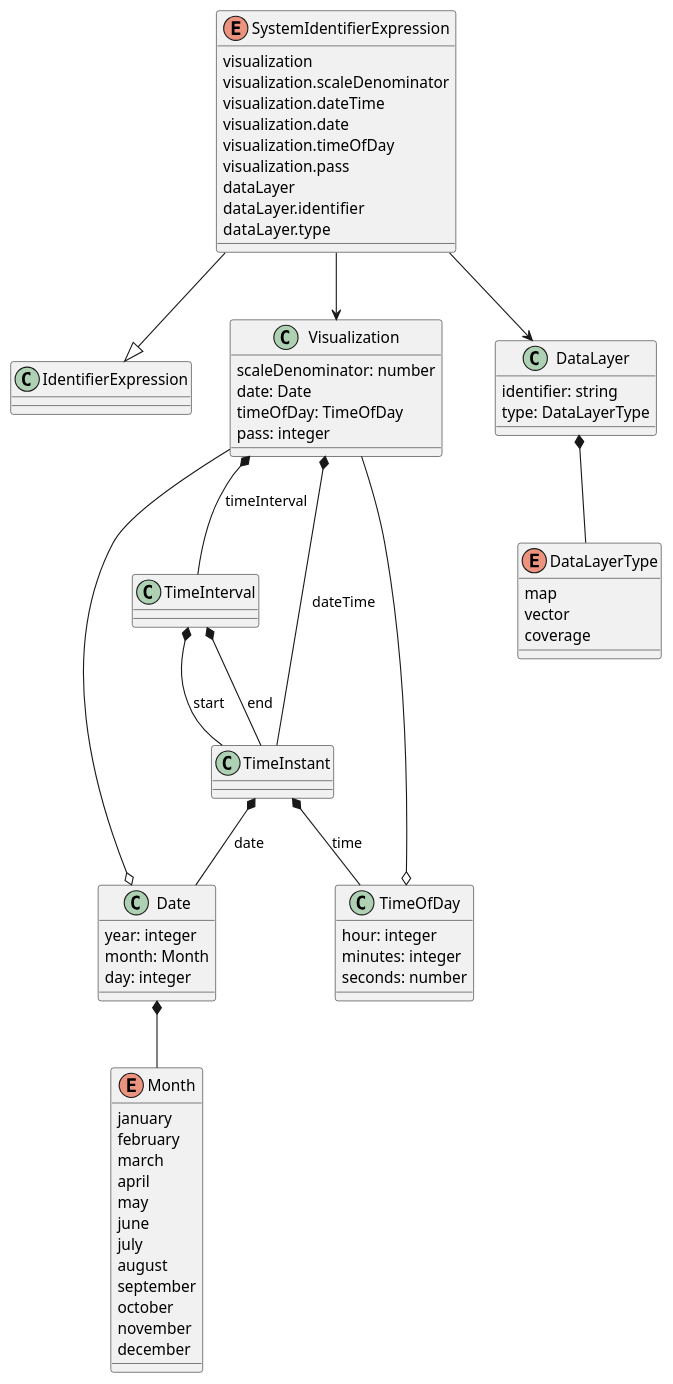
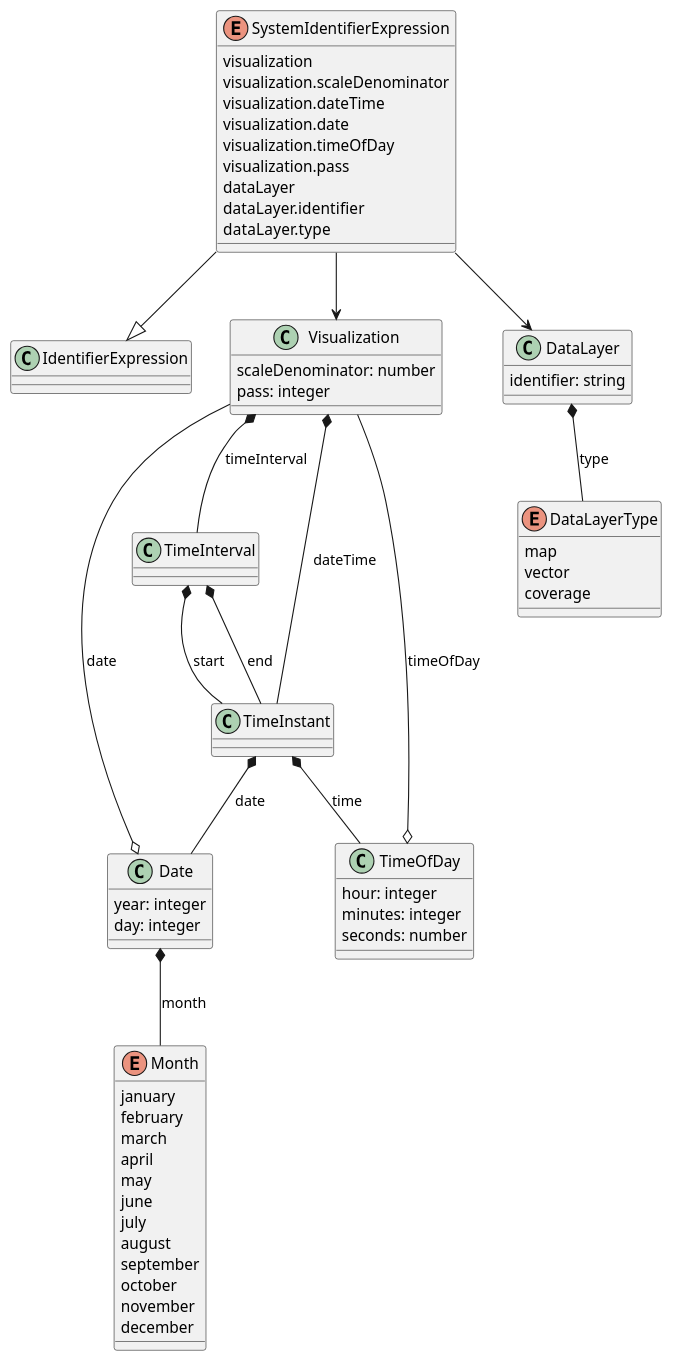
The third of 6 diagrams in 1-core/sections/clause_7_core.adoc (opengeospatial/cartographic-symbology), drawn with PlantUML before and after one commit. The commit also changed other lines of this file, not shown here.

Commit message:
Core UML: show StylingRule.symbolizer, operator, DataLayer.type, Visualization date and timeOfDay and Date.month as associations only

```diff
--- a/1-core/sections/clause_7_core.adoc
+++ b/1-core/sections/clause_7_core.adoc
@@ -444,69 +442,65 @@
 [plantuml, target=diagram-classes, format=png]
 ....
 @startuml
 enum SystemIdentifierExpression
 SystemIdentifierExpression --|> IdentifierExpression
 SystemIdentifierExpression : visualization
 SystemIdentifierExpression : visualization.scaleDenominator
 SystemIdentifierExpression : visualization.dateTime
 SystemIdentifierExpression : visualization.date
 SystemIdentifierExpression : visualization.timeOfDay
 SystemIdentifierExpression : visualization.pass
 SystemIdentifierExpression : dataLayer
 SystemIdentifierExpression : dataLayer.identifier
 SystemIdentifierExpression : dataLayer.type
 SystemIdentifierExpression --> Visualization
 SystemIdentifierExpression --> DataLayer
 
 Visualization : scaleDenominator: number
-Visualization : date: Date
-Visualization : timeOfDay: TimeOfDay
 Visualization : pass: integer
 Visualization *-- TimeInstant : dateTime
 Visualization *-- TimeInterval : timeInterval
-Visualization --o Date
-Visualization --o TimeOfDay
+Visualization --o Date : date
+Visualization --o TimeOfDay : timeOfDay
 
 class DataLayer
 DataLayer : identifier: string
-DataLayer : type: DataLayerType
-DataLayer *-- DataLayerType
+DataLayer *-- DataLayerType : type
 
 enum DataLayerType
 DataLayerType : map
 DataLayerType : vector
 DataLayerType : coverage
 
 class TimeInstant
 TimeInstant *-- Date : date
 TimeInstant *-- TimeOfDay : time
 
 TimeInterval *-- TimeInstant : start
 TimeInterval *-- TimeInstant : end
 
 class Date
 Date : year: integer
-Date : month: Month
 Date : day: integer
-Date *-- Month
+Date *-- Month : month
 
 class TimeOfDay
 TimeOfDay : hour: integer
 TimeOfDay : minutes: integer
 TimeOfDay : seconds: number
 
 enum Month
 Month : january
 Month : february
 Month : march
 Month : april
 Month : may
 Month : june
 Month : july
 Month : august
 Month : september
 Month : october
 Month : november
 Month : december
 @enduml
 ....
```
